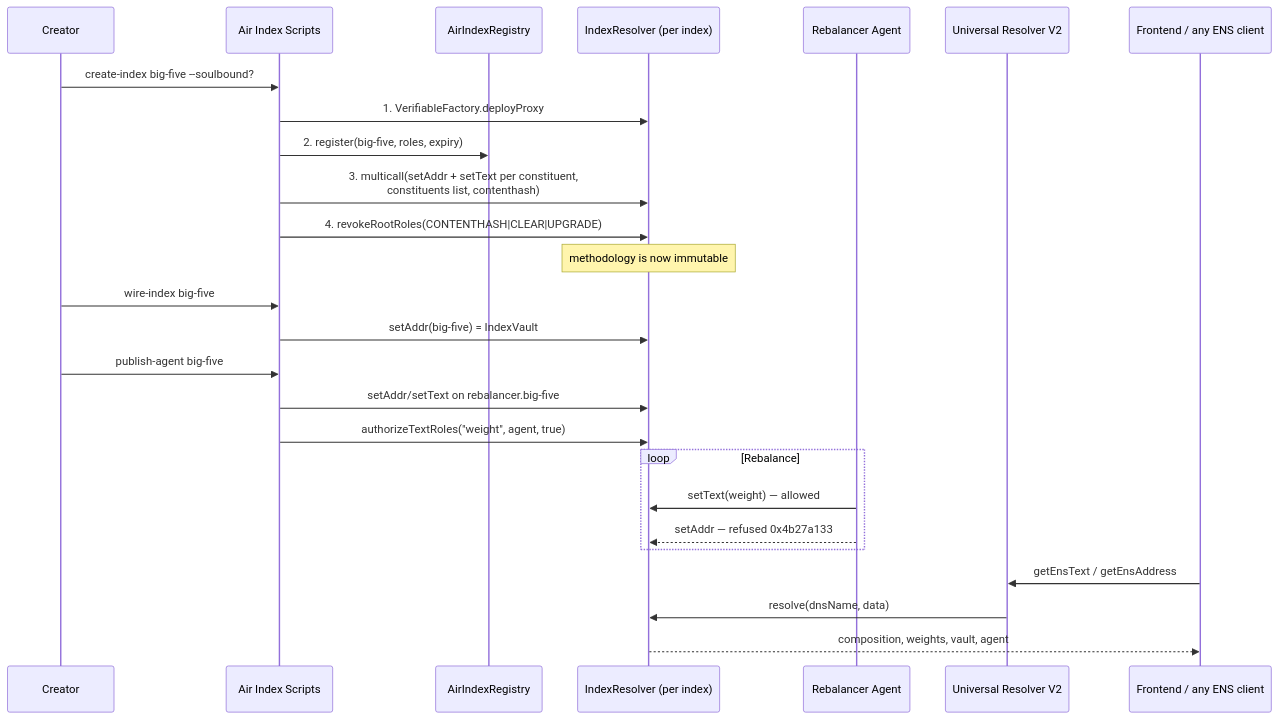
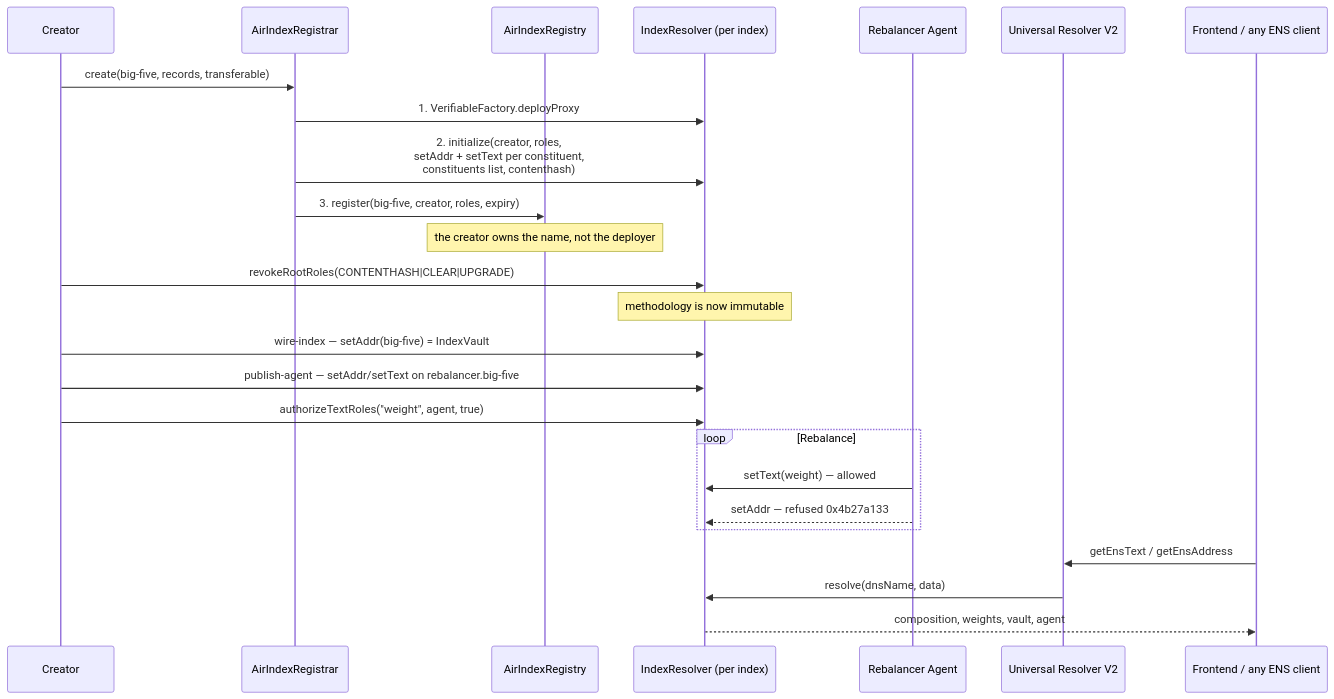
One commit to 0xpochita/air-index changed the first of 2 diagrams in README.md. Above: the diagram before and after it, drawn with Mermaid. The commit also changed other lines of this file and 1 other file, not shown here.

````diff
--- a/README.md
+++ b/README.md
@@ -194,33 +204,33 @@
 ```mermaid
 sequenceDiagram
     participant Creator
-    participant Scripts as Air Index Scripts
+    participant Registrar as AirIndexRegistrar
     participant Registry as AirIndexRegistry
     participant Resolver as IndexResolver (per index)
     participant Agent as Rebalancer Agent
     participant UR as Universal Resolver V2
     participant App as Frontend / any ENS client
 
-    Creator->>Scripts: create-index big-five --soulbound?
-    Scripts->>Resolver: 1. VerifiableFactory.deployProxy
-    Scripts->>Registry: 2. register(big-five, roles, expiry)
-    Scripts->>Resolver: 3. multicall(setAddr + setText per constituent,<br/>constituents list, contenthash)
-    Scripts->>Resolver: 4. revokeRootRoles(CONTENTHASH|CLEAR|UPGRADE)
+    Creator->>Registrar: create(big-five, records, transferable)
+    Registrar->>Resolver: 1. VerifiableFactory.deployProxy
+    Registrar->>Resolver: 2. initialize(creator, roles,<br/>setAddr + setText per constituent,<br/>constituents list, contenthash)
+    Registrar->>Registry: 3. register(big-five, creator, roles, expiry)
+    Note over Registry: the creator owns the name, not the deployer
+
+    Creator->>Resolver: revokeRootRoles(CONTENTHASH|CLEAR|UPGRADE)
     Note over Resolver: methodology is now immutable
 
-    Creator->>Scripts: wire-index big-five
-    Scripts->>Resolver: setAddr(big-five) = IndexVault
+    Creator->>Resolver: wire-index — setAddr(big-five) = IndexVault
 
-    Creator->>Scripts: publish-agent big-five
-    Scripts->>Resolver: setAddr/setText on rebalancer.big-five
-    Scripts->>Resolver: authorizeTextRoles("weight", agent, true)
+    Creator->>Resolver: publish-agent — setAddr/setText on rebalancer.big-five
+    Creator->>Resolver: authorizeTextRoles("weight", agent, true)
 
     loop Rebalance
       Agent->>Resolver: setText(weight) — allowed
       Agent-->>Resolver: setAddr — refused 0x4b27a133
     end
 
     App->>UR: getEnsText / getEnsAddress
     UR->>Resolver: resolve(dnsName, data)
     Resolver-->>App: composition, weights, vault, agent
 ```
````
